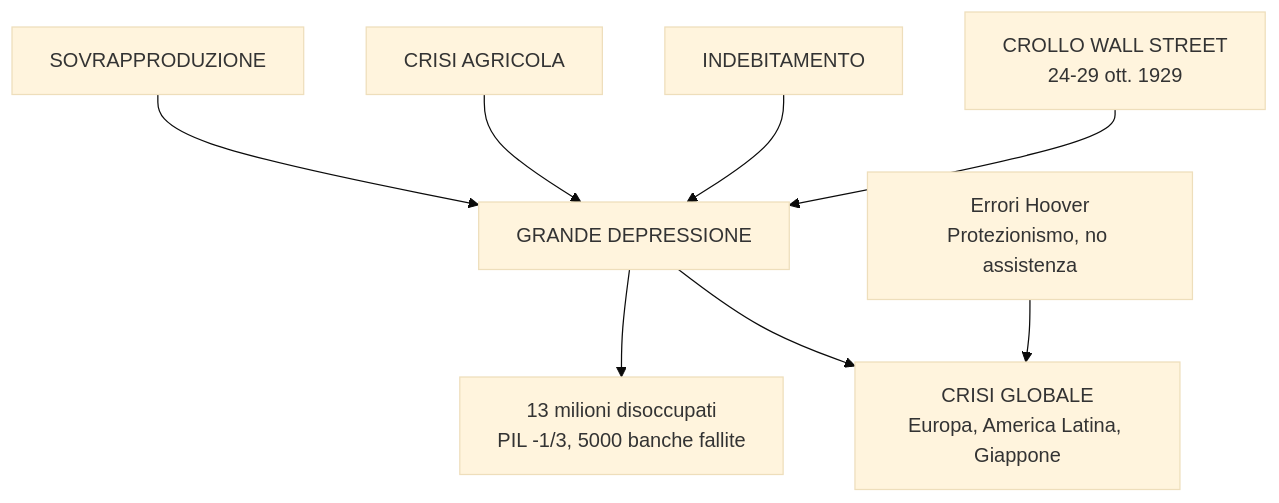
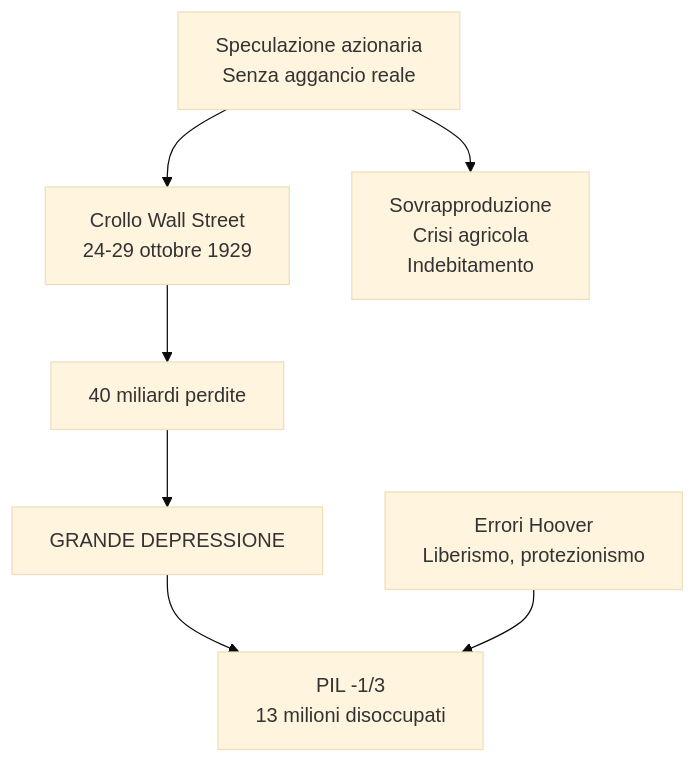
The fourth of 6 diagrams in storia/materiale/studio/capitolo_3.10_ripasso.md (riccardo-algorime/appunti-5Bsa), drawn with Mermaid (base theme) before and after one commit. The commit also changed other lines of this file and 5 other files, not shown here.

````diff
--- a/storia/materiale/studio/capitolo_3.10_ripasso.md
+++ b/storia/materiale/studio/capitolo_3.10_ripasso.md
@@ -185,10 +172,9 @@
 ```mermaid
 flowchart TD
-    A[SOVRAPPRODUZIONE] --> E[GRANDE DEPRESSIONE]
-    B[CRISI AGRICOLA] --> E
-    C[INDEBITAMENTO] --> E
-    D[CROLLO WALL STREET<br/>24-29 ott. 1929] --> E
-    E --> F[13 milioni disoccupati<br/>PIL -1/3, 5000 banche fallite]
-    E --> G[CRISI GLOBALE<br/>Europa, America Latina, Giappone]
-    H[Errori Hoover<br/>Protezionismo, no assistenza] --> G
+    A[Speculazione azionaria<br/>Senza aggancio reale] --> B[Crollo Wall Street<br/>24-29 ottobre 1929]
+    B --> C[40 miliardi perdite]
+    C --> D[GRANDE DEPRESSIONE]
+    D --> E[PIL -1/3<br/>13 milioni disoccupati]
+    A --> F[Sovrapproduzione<br/>Crisi agricola<br/>Indebitamento]
+    G[Errori Hoover<br/>Liberismo, protezionismo] --> E
 ```
````
